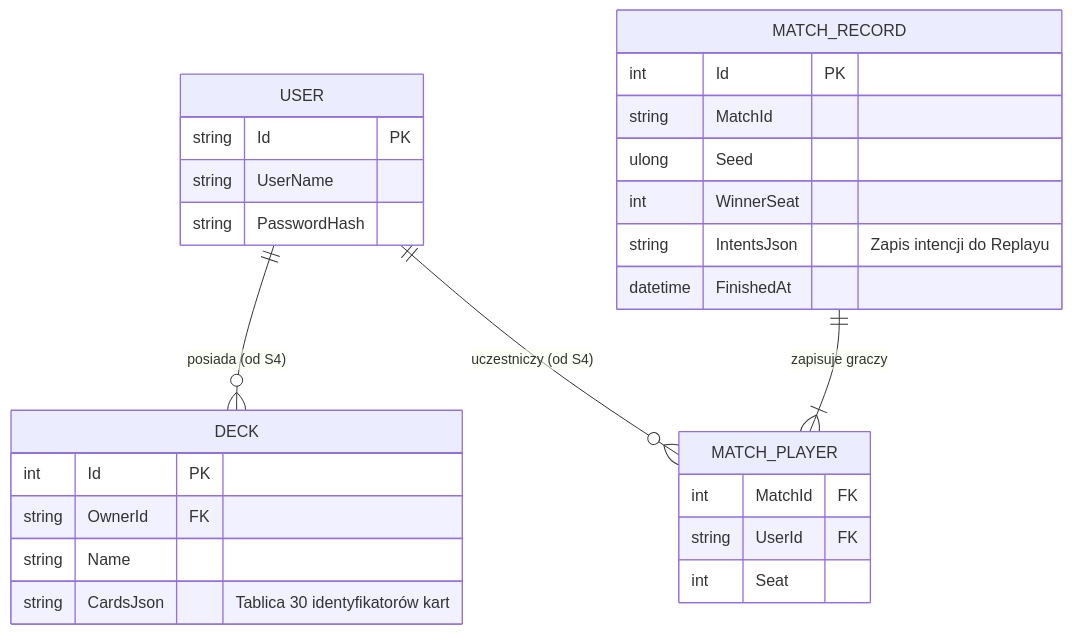
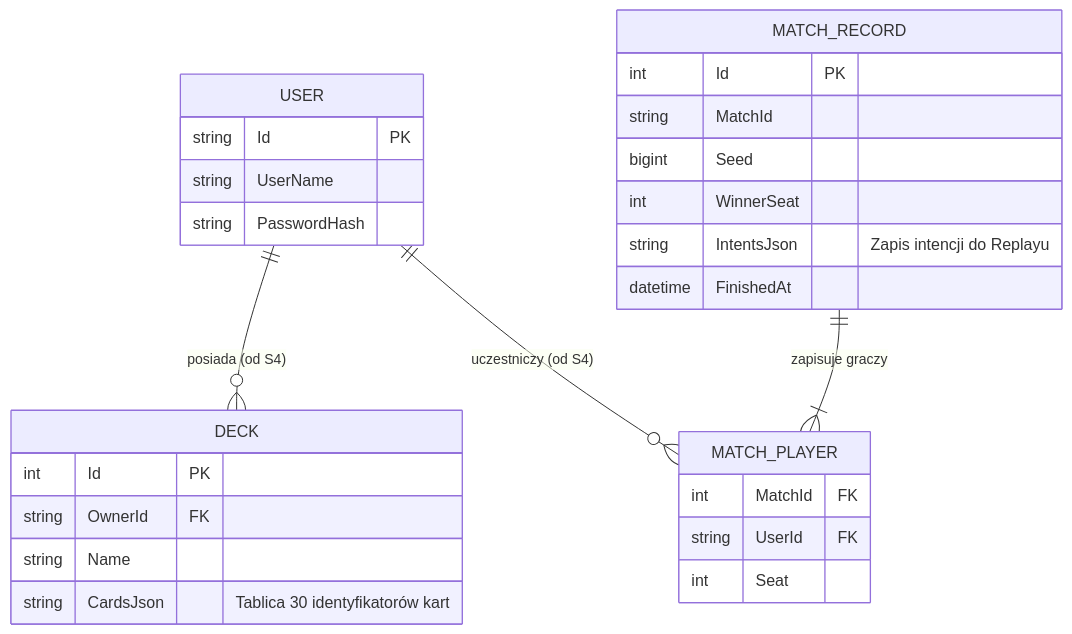
One commit to lMamacl/Rejoltance changed the fourth of 5 diagrams in docs/01-dokumentacja-systemowa/05-sad-architektura-systemu.md. Above: the diagram before and after it, drawn with Mermaid. The commit also changed other lines of this file and 85 other files, not shown here.

````diff
--- a/docs/01-dokumentacja-systemowa/05-sad-architektura-systemu.md
+++ b/docs/01-dokumentacja-systemowa/05-sad-architektura-systemu.md
@@ -176,31 +171,31 @@
 ```mermaid
 erDiagram
   USER ||--o{ DECK : "posiada (od S4)"
   USER ||--o{ MATCH_PLAYER : "uczestniczy (od S4)"
   MATCH_RECORD ||--|{ MATCH_PLAYER : "zapisuje graczy"
 
   MATCH_RECORD {
     int Id PK
     string MatchId
-    ulong Seed
+    bigint Seed
     int WinnerSeat
     string IntentsJson "Zapis intencji do Replayu"
     datetime FinishedAt
   }
   USER {
     string Id PK
     string UserName
     string PasswordHash
   }
   DECK {
     int Id PK
     string OwnerId FK
     string Name
     string CardsJson "Tablica 30 identyfikatorów kart"
   }
   MATCH_PLAYER {
     int MatchId FK
     string UserId FK
     int Seat
   }
 ```
````
